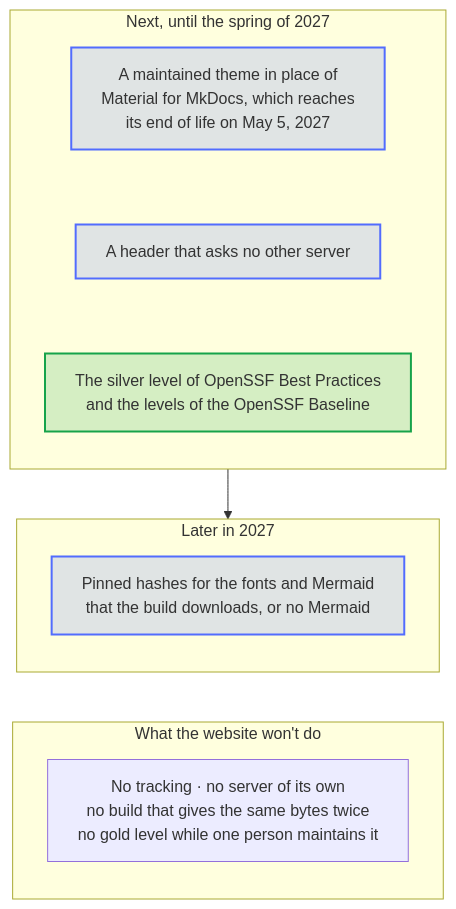
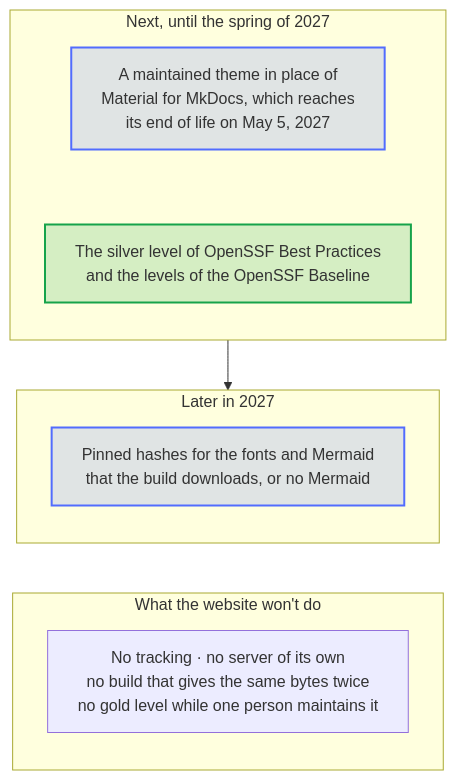
One commit to Dennis-Otto/dennis-otto.github.io changed the diagram in docs/diagrams/the-roadmap.mmd. Above: the diagram before and after it, drawn with Mermaid. The commit also changed 23 other files, not shown here.

First line of the commit message:
fix: the security page no longer says that the header asks api.github.com (#238)

```diff
--- a/docs/diagrams/the-roadmap.mmd
+++ b/docs/diagrams/the-roadmap.mmd
@@ -1,33 +1,32 @@
 ---
 config:
   flowchart:
     wrappingWidth: 400
 ---
 flowchart TB
     accTitle: The roadmap of the website
-    accDescr: The next months bring a maintained theme in place of Material for MkDocs, which reaches its end of life on May 5, 2027, a header that asks no other server, and the silver level of OpenSSF Best Practices with the levels of the OpenSSF Baseline. Later in 2027 the fonts and Mermaid, which the build downloads, get pinned hashes, or Mermaid is no longer downloaded. The website won't track its readers, run a server of its own, build the same bytes twice from live data, or seek the gold level while one person maintains it.
+    accDescr: The next months bring a maintained theme in place of Material for MkDocs, which reaches its end of life on May 5, 2027, and the silver level of OpenSSF Best Practices with the levels of the OpenSSF Baseline. Later in 2027 the fonts and Mermaid, which the build downloads, get pinned hashes, or Mermaid is no longer downloaded. The website won't track its readers, run a server of its own, build the same bytes twice from live data, or seek the gold level while one person maintains it.
 
     subgraph next["Next, until the spring of 2027"]
         direction TB
         theme["A maintained theme in place of<br>Material for MkDocs, which reaches<br>its end of life on May 5, 2027"]
-        header["A header that asks no other server"]
         silver["The silver level of OpenSSF Best Practices<br>and the levels of the OpenSSF Baseline"]
     end
     subgraph later["Later in 2027"]
         direction TB
         pinned["Pinned hashes for the fonts and Mermaid<br>that the build downloads, or no Mermaid"]
     end
     subgraph never["What the website won't do"]
         direction TB
         wont["No tracking · no server of its own<br>no build that gives the same bytes twice<br>no gold level while one person maintains it"]
     end
 
-    theme ~~~ header ~~~ silver
+    theme ~~~ silver
     next --> later
     later ~~~ never
 
     classDef bot fill:#526cfe2e,stroke:#526cfe,stroke-width:2px
     classDef person fill:#f59e0b2e,stroke:#f59e0b,stroke-width:2px
     classDef done fill:#16a34a2e,stroke:#16a34a,stroke-width:2px
-    class theme,header,pinned bot
+    class theme,pinned bot
     class silver done
```
